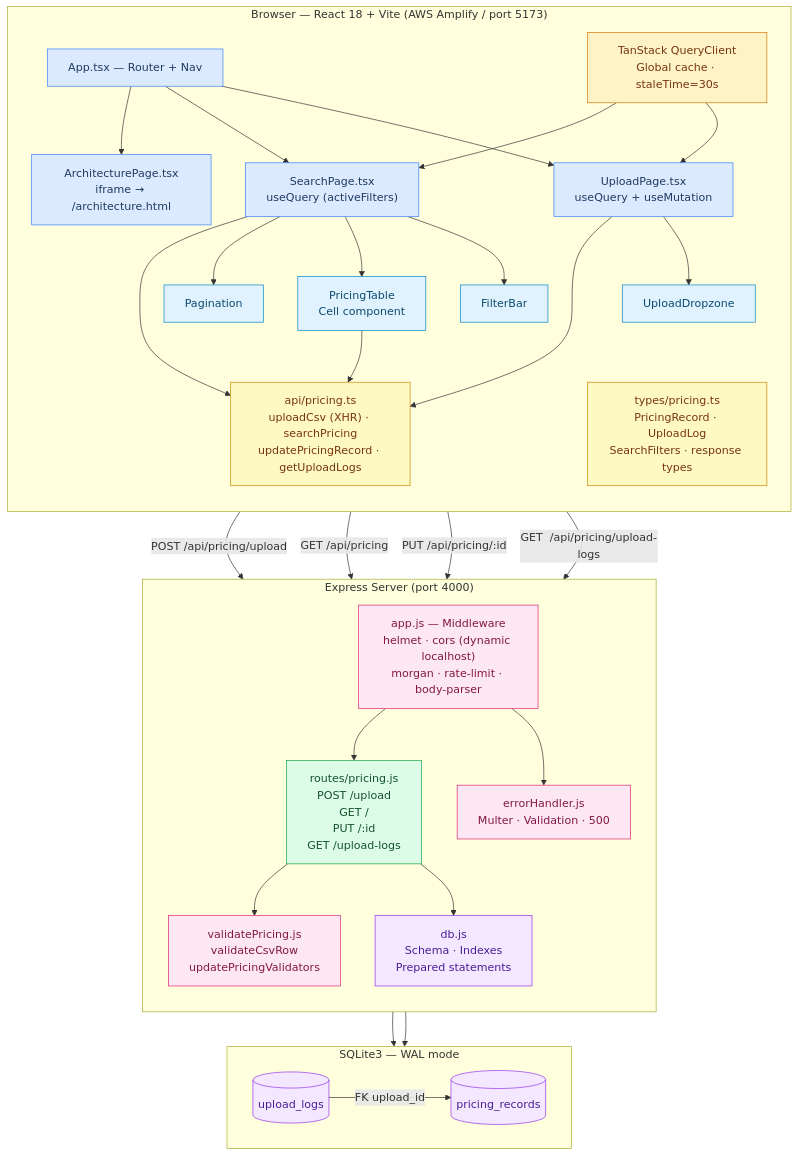
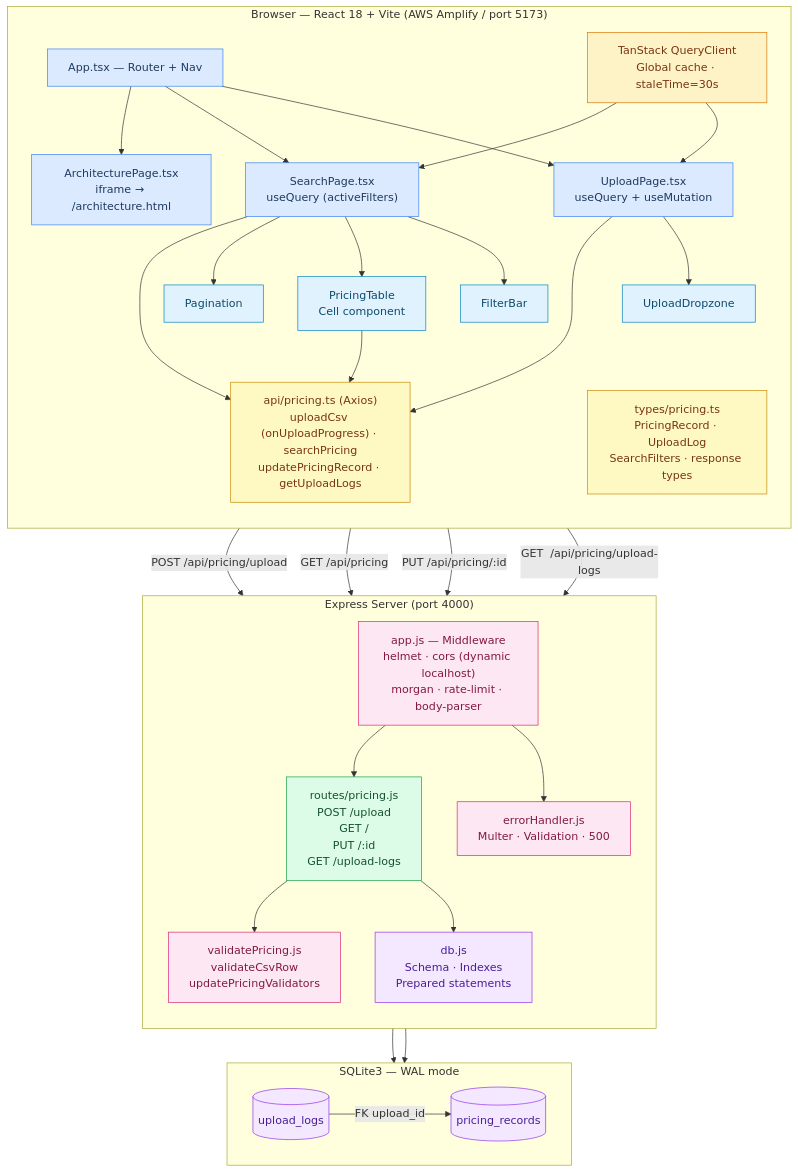
The second of 4 diagrams in ARCHITECTURE.md (bharathikannano/tigeranalytics), drawn with Mermaid before and after one commit. The commit also changed other lines of this file and 7 other files, not shown here.

Commit message:
Use Axios for API client, clean up upload code, and update diagrams/documentation

````diff
--- a/ARCHITECTURE.md
+++ b/ARCHITECTURE.md
@@ -41,57 +41,57 @@
 ```mermaid
 graph TD
     classDef page   fill:#dbeafe,stroke:#3b82f6,color:#1e3a5f
     classDef comp   fill:#e0f2fe,stroke:#0284c7,color:#0c4a6e
     classDef api    fill:#fef9c3,stroke:#ca8a04,color:#78350f
     classDef cache  fill:#fef3c7,stroke:#d97706,color:#78350f
     classDef route  fill:#dcfce7,stroke:#16a34a,color:#14532d
     classDef mw     fill:#fce7f3,stroke:#db2777,color:#831843
     classDef db     fill:#f3e8ff,stroke:#9333ea,color:#4a1d96
 
     subgraph BROWSER["Browser — React 18 + Vite (AWS Amplify / port 5173)"]
         direction TB
         APP["App.tsx — Router + Nav"]:::page
         UP["UploadPage.tsx\nuseQuery + useMutation"]:::page
         SP["SearchPage.tsx\nuseQuery (activeFilters)"]:::page
         ARP["ArchitecturePage.tsx\niframe → /architecture.html"]:::page
         QC["TanStack QueryClient\nGlobal cache · staleTime=30s"]:::cache
         DZ["UploadDropzone"]:::comp
         FB["FilterBar"]:::comp
         PT["PricingTable\nCell component"]:::comp
         PG["Pagination"]:::comp
-        AC["api/pricing.ts\nuploadCsv (XHR) · searchPricing\nupdatePricingRecord · getUploadLogs"]:::api
+        AC["api/pricing.ts (Axios)\nuploadCsv (onUploadProgress) · searchPricing\nupdatePricingRecord · getUploadLogs"]:::api
         TY["types/pricing.ts\nPricingRecord · UploadLog\nSearchFilters · response types"]:::api
     end
 
     subgraph SERVER["Express Server (port 4000)"]
         direction TB
         MW["app.js — Middleware\nhelmet · cors (dynamic localhost)\nmorgan · rate-limit · body-parser"]:::mw
         PR["routes/pricing.js\nPOST /upload\nGET  /\nPUT  /:id\nGET  /upload-logs"]:::route
         VP["validatePricing.js\nvalidateCsvRow\nupdatePricingValidators"]:::mw
         EH["errorHandler.js\nMulter · Validation · 500"]:::mw
         DB["db.js\nSchema · Indexes\nPrepared statements"]:::db
     end
 
     subgraph DATABASE["SQLite3 — WAL mode"]
         direction LR
         LG[("upload_logs")]:::db
         RC[("pricing_records")]:::db
         LG -- "FK upload_id" --> RC
     end
 
     APP --> UP & SP & ARP
     QC --> UP & SP
     UP --> DZ & AC
     SP --> FB & PT & PG & AC
     PT --> AC
 
     AC -- "POST /api/pricing/upload" --> MW
     AC -- "GET  /api/pricing" --> MW
     AC -- "PUT  /api/pricing/:id" --> MW
     AC -- "GET  /api/pricing/upload-logs" --> MW
 
     MW --> PR
     PR --> VP & DB
     MW --> EH
     DB --> LG & RC
 ```
````
